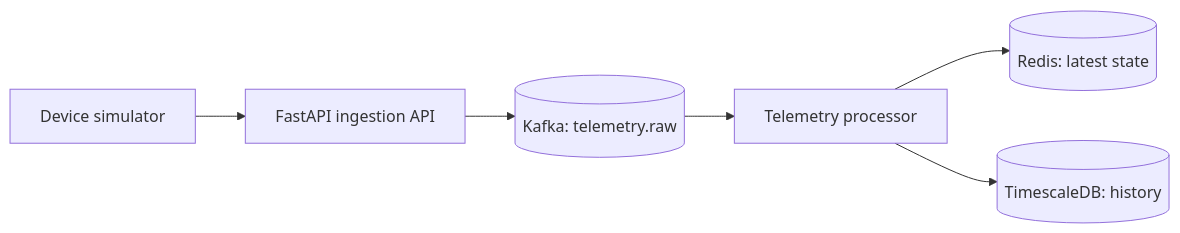
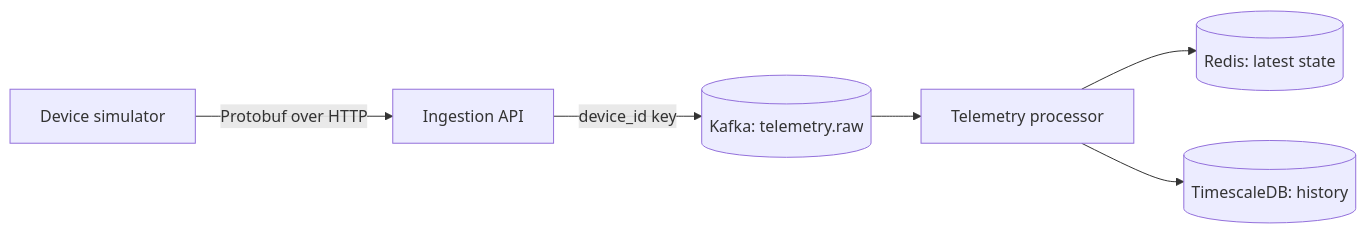
Before and after one commit to ask-kumbar/PulseGrid: the diagram in README.md, drawn with Mermaid. The commit also changed other lines of this file, not shown here.

````diff
--- a/README.md
+++ b/README.md
@@ -7,8 +14,8 @@
 ```mermaid
 flowchart LR
-  D[Device simulator] --> A[FastAPI ingestion API]
-  A --> K[(Kafka: telemetry.raw)]
+  D[Device simulator] -->|Protobuf over HTTP| A[Ingestion API]
+  A -->|device_id key| K[(Kafka: telemetry.raw)]
   K --> P[Telemetry processor]
   P --> R[(Redis: latest state)]
   P --> T[(TimescaleDB: history)]
 ```
````
